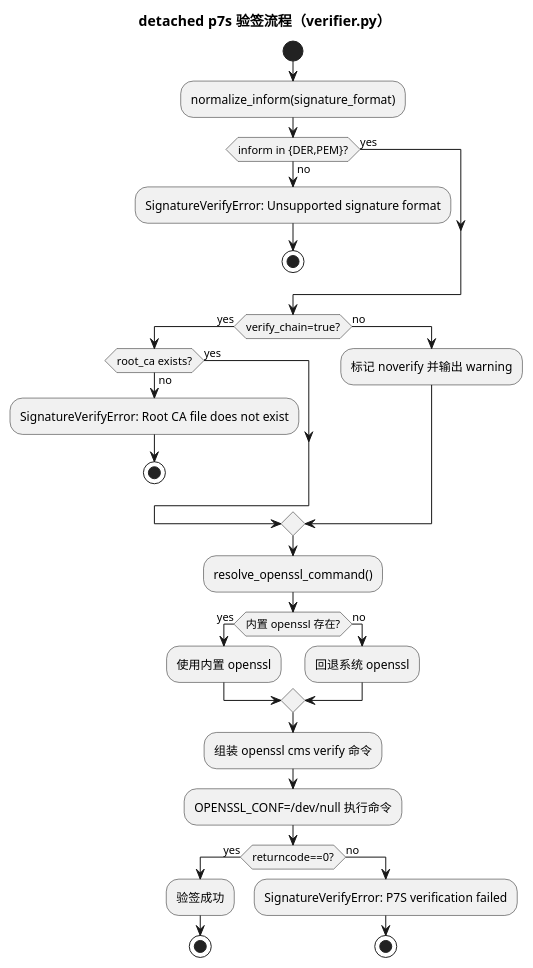
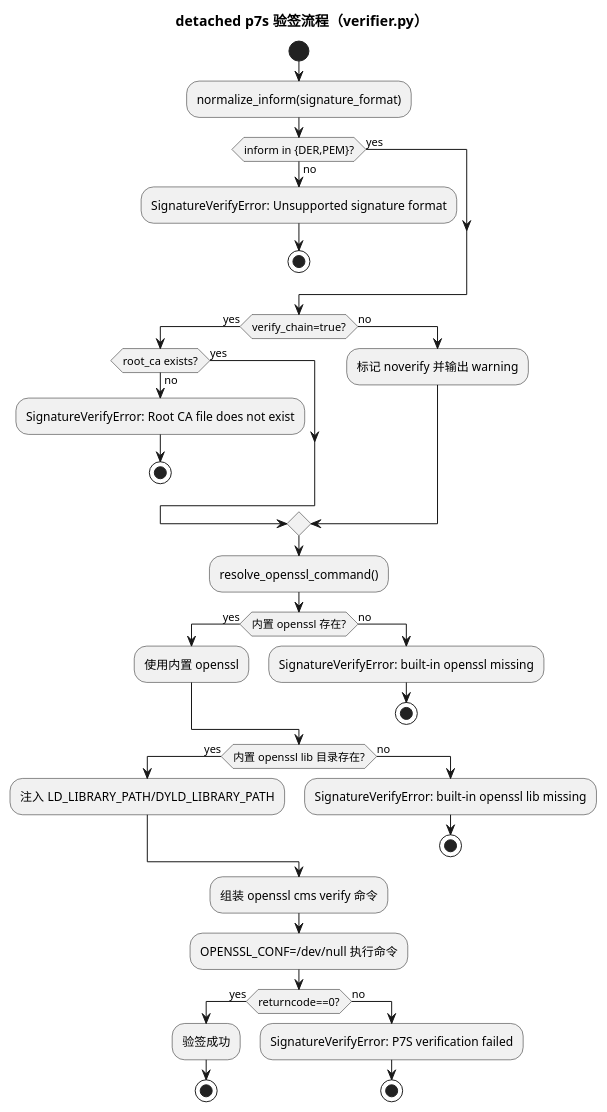
The diagram in docs/puml/verifier_activity.puml (F350150/package), drawn with PlantUML before and after one commit. The commit also changed 46 other files, not shown here.

Commit message:
feat: refactor installer flow and docs with offline-first runtime design

```diff
--- a/docs/puml/verifier_activity.puml
+++ b/docs/puml/verifier_activity.puml
@@ -1,40 +1,48 @@
 @startuml
 
 title detached p7s 验签流程（verifier.py）
 
 start
 :normalize_inform(signature_format);
 if (inform in {DER,PEM}?) then (yes)
 else (no)
   :SignatureVerifyError: Unsupported signature format;
   stop
 endif
 
 if (verify_chain=true?) then (yes)
   if (root_ca exists?) then (yes)
   else (no)
     :SignatureVerifyError: Root CA file does not exist;
     stop
   endif
 else (no)
   :标记 noverify 并输出 warning;
 endif
 
 :resolve_openssl_command();
 if (内置 openssl 存在?) then (yes)
   :使用内置 openssl;
 else (no)
-  :回退系统 openssl;
+  :SignatureVerifyError: built-in openssl missing;
+  stop
+endif
+
+if (内置 openssl lib 目录存在?) then (yes)
+  :注入 LD_LIBRARY_PATH/DYLD_LIBRARY_PATH;
+else (no)
+  :SignatureVerifyError: built-in openssl lib missing;
+  stop
 endif
 
 :组装 openssl cms verify 命令;
 :OPENSSL_CONF=/dev/null 执行命令;
 if (returncode==0?) then (yes)
   :验签成功;
   stop
 else (no)
   :SignatureVerifyError: P7S verification failed;
   stop
 endif
 
 @enduml
```
